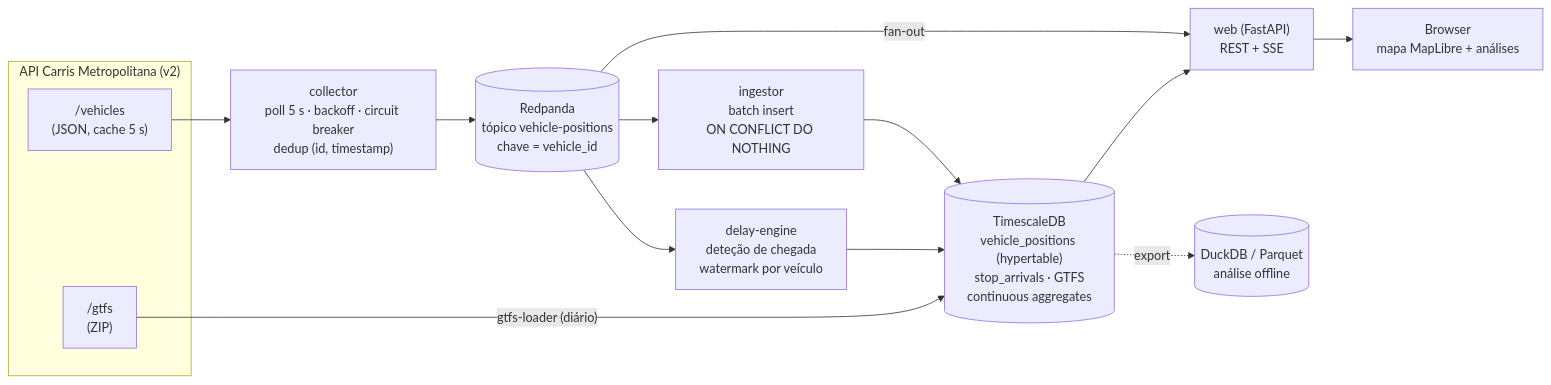
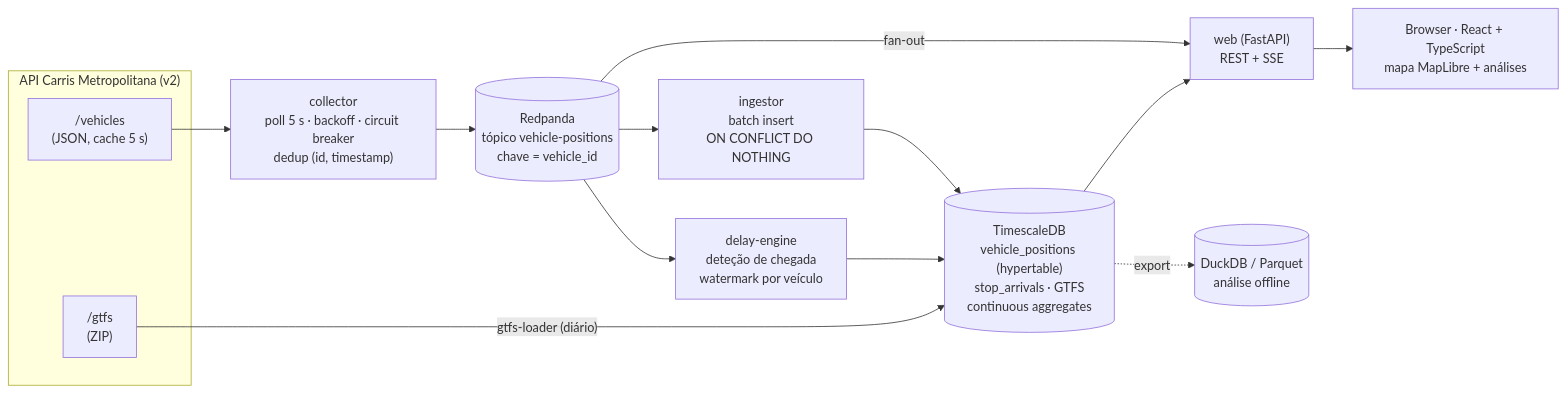
The diagram in README.md (JoseFerrao20/carris-metropolitana-live), drawn with Mermaid before and after one commit. The commit also changed other lines of this file and 55 other files, not shown here.

First line of the commit message:
feat(frontend): painel reescrito em React + TypeScript

````diff
--- a/README.md
+++ b/README.md
@@ -24,24 +24,24 @@
 ```mermaid
 flowchart LR
     subgraph Fonte["API Carris Metropolitana (v2)"]
         V["/vehicles<br/>(JSON, cache 5 s)"]
         G["/gtfs<br/>(ZIP)"]
     end
 
     C["collector<br/>poll 5 s · backoff · circuit breaker<br/>dedup (id, timestamp)"]
     K[("Redpanda<br/>tópico vehicle-positions<br/>chave = vehicle_id")]
     I["ingestor<br/>batch insert<br/>ON CONFLICT DO NOTHING"]
     D["delay-engine<br/>deteção de chegada<br/>watermark por veículo"]
     T[("TimescaleDB<br/>vehicle_positions (hypertable)<br/>stop_arrivals · GTFS<br/>continuous aggregates")]
     W["web (FastAPI)<br/>REST + SSE"]
-    B["Browser<br/>mapa MapLibre + análises"]
+    B["Browser · React + TypeScript<br/>mapa MapLibre + análises"]
     X[("DuckDB / Parquet<br/>análise offline")]
 
     V --> C --> K
     K --> I --> T
     K --> D --> T
     G -->|"gtfs-loader (diário)"| T
     K -->|"fan-out"| W
     T --> W --> B
     T -.->|export| X
 ```
````
